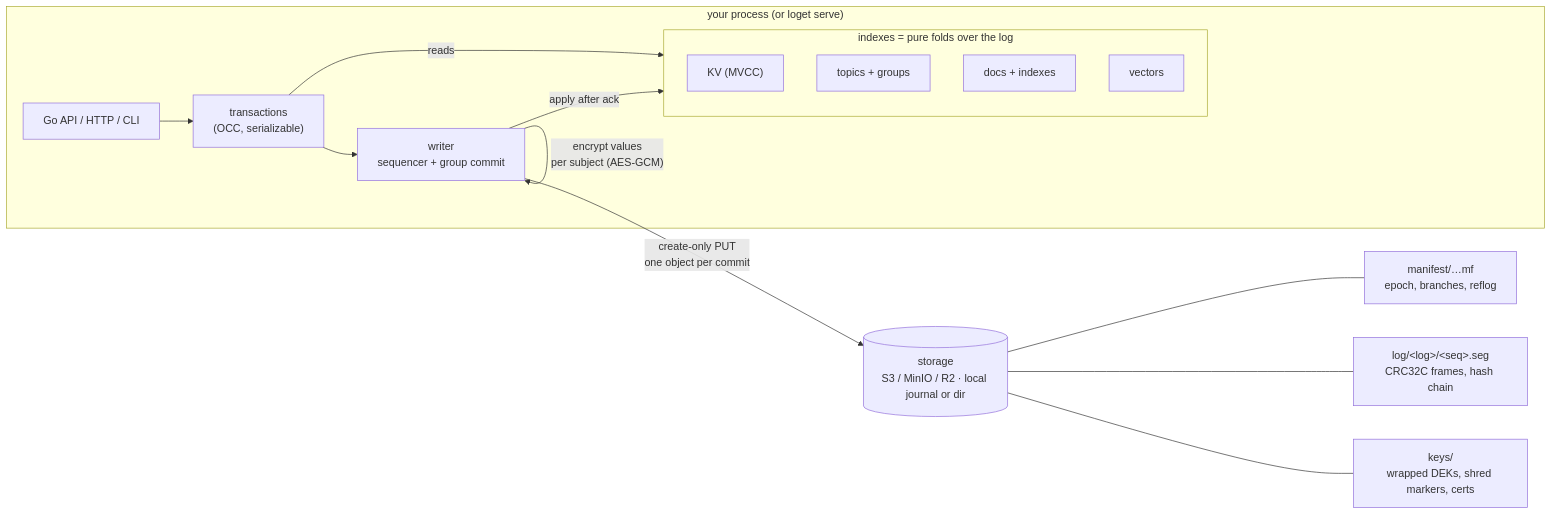
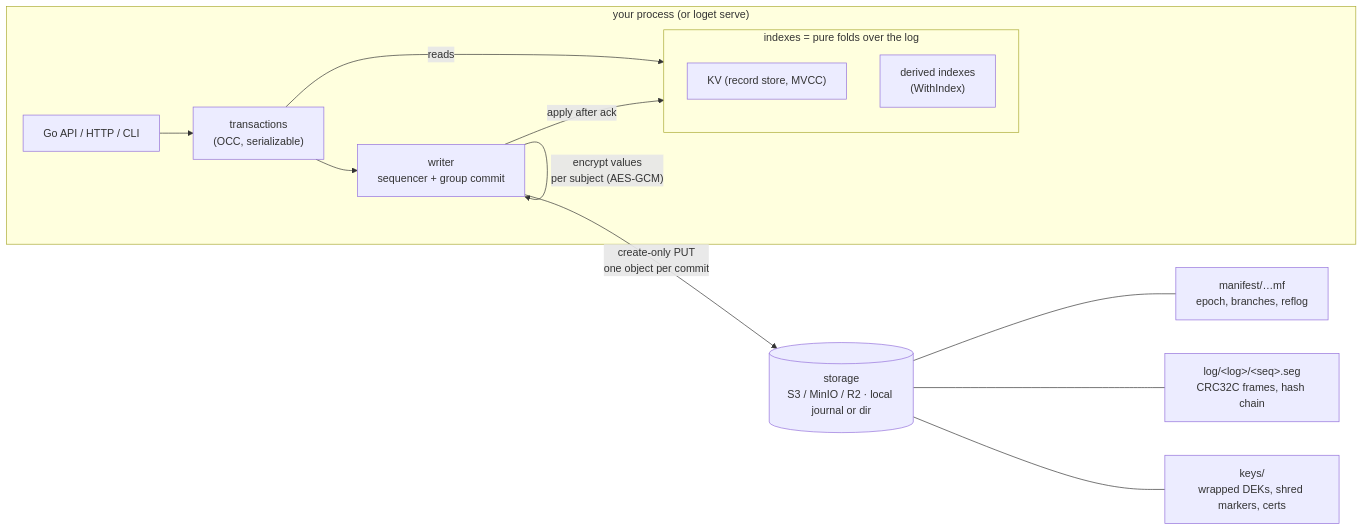
The diagram in docs/architecture.md (raman20/loget), drawn with Mermaid before and after one commit. The commit also changed other lines of this file and 64 other files, not shown here.

First line of the commit message:
docs: LogEt branding, KV-first README/site/ROADMAP/PIPELINE, index guide

````diff
--- a/docs/architecture.md
+++ b/docs/architecture.md
@@ -7,17 +7,17 @@
 ```mermaid
 flowchart LR
   subgraph App["your process (or loget serve)"]
     API["Go API / HTTP / CLI"] --> TX["transactions<br/>(OCC, serializable)"]
     TX --> W["writer<br/>sequencer + group commit"]
     W -->|"encrypt values<br/>per subject (AES-GCM)"| W
     subgraph Indexes["indexes = pure folds over the log"]
-      KV["KV (MVCC)"]; TOP["topics + groups"]; DOC["docs + indexes"]; VEC["vectors"]
+      KV["KV (record store, MVCC)"]; YOU["derived indexes<br/>(WithIndex)"]
     end
     W -->|"apply after ack"| Indexes
     TX -->|reads| Indexes
   end
   W -->|"create-only PUT<br/>one object per commit"| S3[("storage<br/>S3 / MinIO / R2 · local journal or dir")]
   S3 --- M["manifest/…mf<br/>epoch, branches, reflog"]
   S3 --- L["log/&lt;log&gt;/&lt;seq&gt;.seg<br/>CRC32C frames, hash chain"]
   S3 --- K["keys/<br/>wrapped DEKs, shred markers, certs"]
 ```
````
